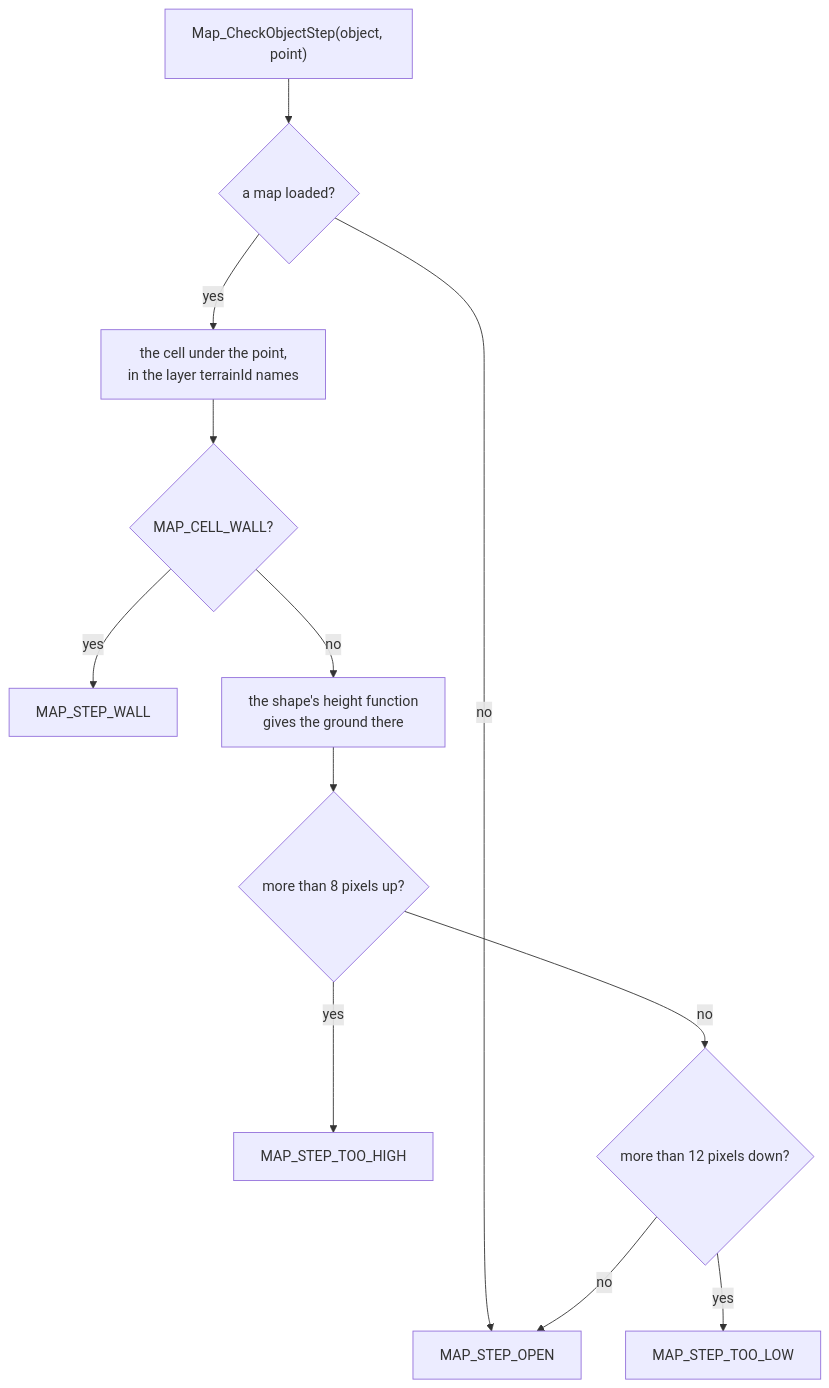
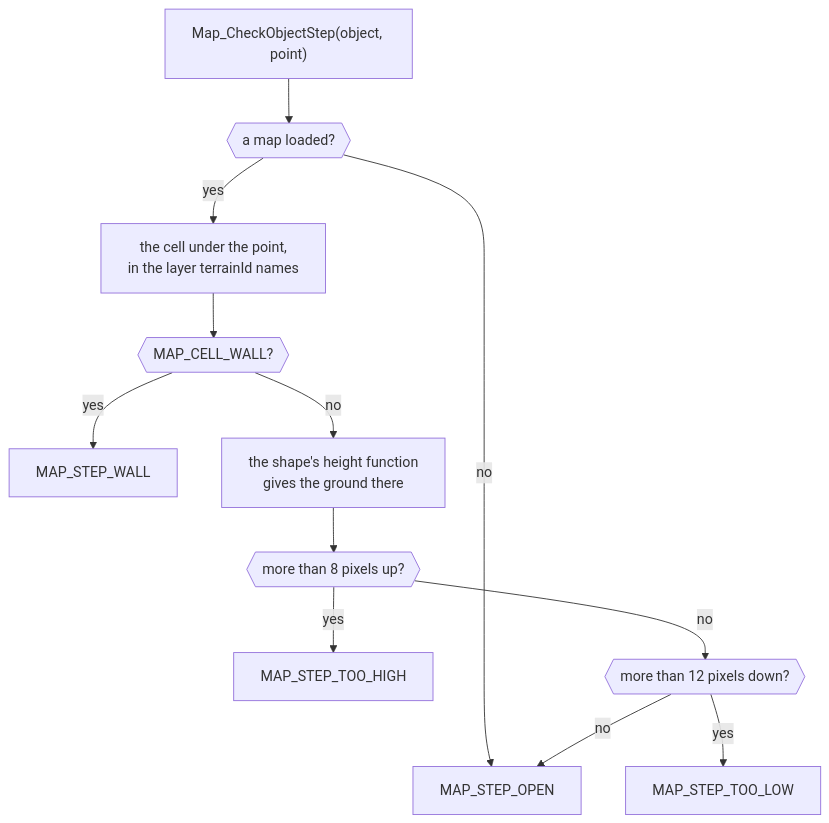
The third of 3 diagrams in games/tbs/src/field/README.md (PascalPixel/alchemy), drawn with Mermaid before and after one commit. The commit also changed other lines of this file and 17 other files, not shown here.

First line of the commit message:
Docs: diagrams that draw on the site

````diff
--- a/games/tbs/src/field/README.md
+++ b/games/tbs/src/field/README.md
@@ -263,14 +263,14 @@
 ```mermaid
 flowchart TD
-    probe["Map_CheckObjectStep(object, point)"] --> map{"a map loaded?"}
+    probe["Map_CheckObjectStep(object, point)"] --> map{{"a map loaded?"}}
     map -->|no| open["MAP_STEP_OPEN"]
     map -->|yes| cell["the cell under the point,<br/>in the layer terrainId names"]
-    cell --> wall{"MAP_CELL_WALL?"}
+    cell --> wall{{"MAP_CELL_WALL?"}}
     wall -->|yes| w["MAP_STEP_WALL"]
     wall -->|no| height["the shape's height function<br/>gives the ground there"]
-    height --> high{"more than 8 pixels up?"}
+    height --> high{{"more than 8 pixels up?"}}
     high -->|yes| h["MAP_STEP_TOO_HIGH"]
-    high -->|no| low{"more than 12 pixels down?"}
+    high -->|no| low{{"more than 12 pixels down?"}}
     low -->|yes| l["MAP_STEP_TOO_LOW"]
     low -->|no| open
 ```
````
